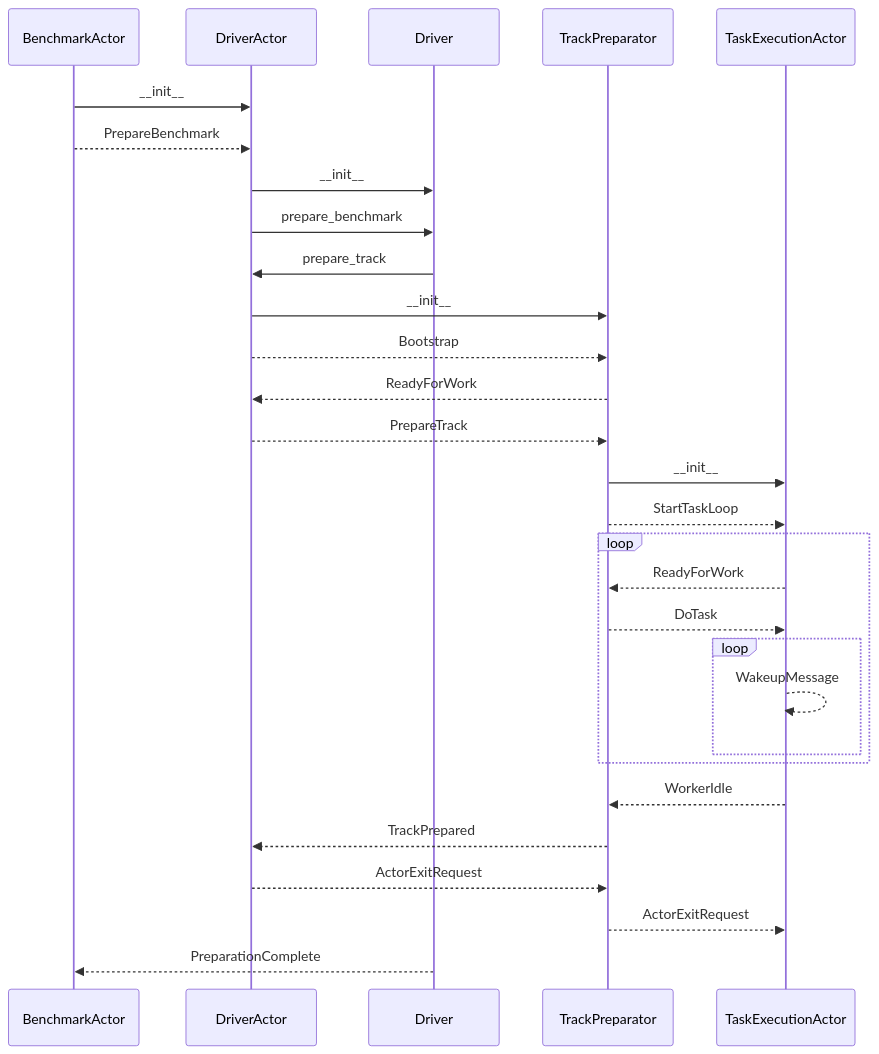
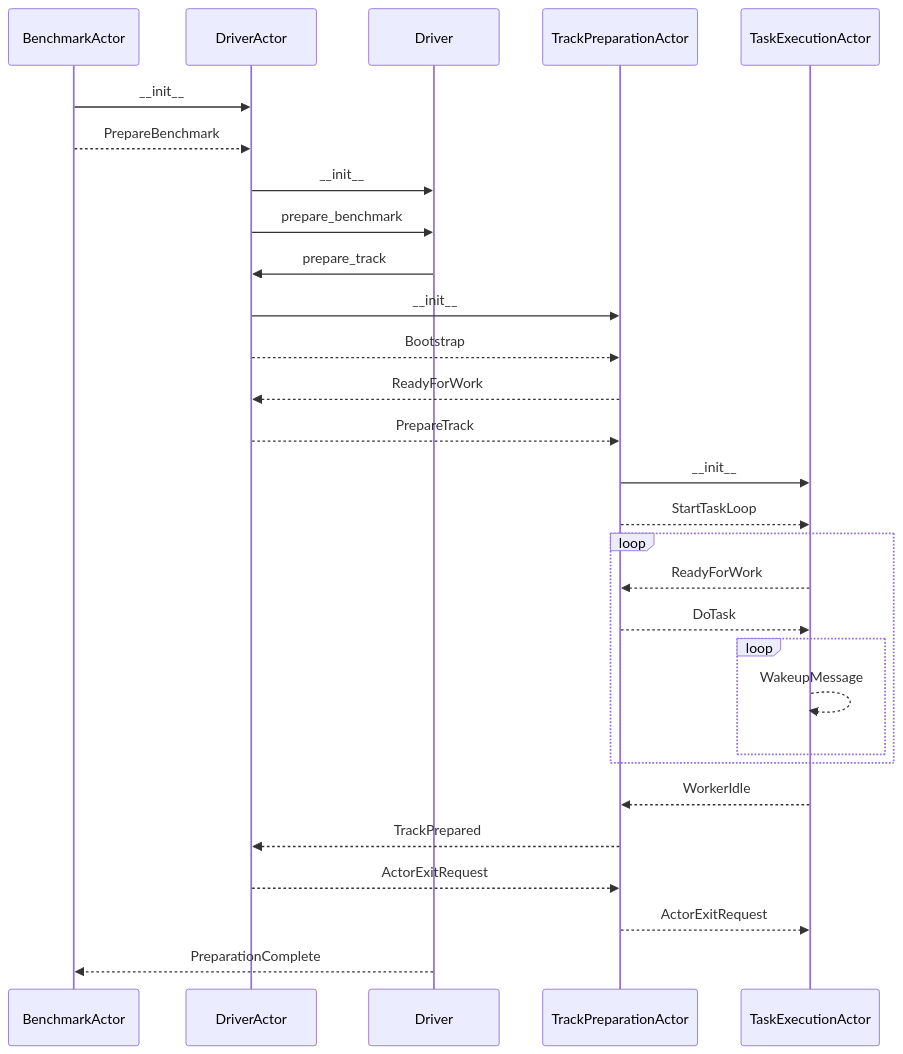
The first of 2 diagrams in docs/architecture/actor_system.md (elastic/rally), drawn with Mermaid before and after one commit. The commit also changed other lines of this file, not shown here.

Commit message:
Rename TrackPreparator to TrackPreparationActor

````diff
--- a/docs/architecture/actor_system.md
+++ b/docs/architecture/actor_system.md
@@ -60,26 +60,26 @@
 ```mermaid
 sequenceDiagram
     BenchmarkActor ->> DriverActor: __init__
     BenchmarkActor -->> DriverActor: PrepareBenchmark
     DriverActor ->> Driver: __init__
     DriverActor ->> Driver: prepare_benchmark
     Driver ->> DriverActor: prepare_track
-    DriverActor ->> TrackPreparator: __init__
-    DriverActor -->> TrackPreparator: Bootstrap
-    TrackPreparator -->> DriverActor: ReadyForWork
-    DriverActor -->> TrackPreparator: PrepareTrack
-    TrackPreparator ->> TaskExecutionActor: __init__
-    TrackPreparator -->> TaskExecutionActor: StartTaskLoop
+    DriverActor ->> TrackPreparationActor: __init__
+    DriverActor -->> TrackPreparationActor: Bootstrap
+    TrackPreparationActor -->> DriverActor: ReadyForWork
+    DriverActor -->> TrackPreparationActor: PrepareTrack
+    TrackPreparationActor ->> TaskExecutionActor: __init__
+    TrackPreparationActor -->> TaskExecutionActor: StartTaskLoop
     loop
-        TaskExecutionActor -->> TrackPreparator: ReadyForWork
-        TrackPreparator -->> TaskExecutionActor: DoTask
+        TaskExecutionActor -->> TrackPreparationActor: ReadyForWork
+        TrackPreparationActor -->> TaskExecutionActor: DoTask
         loop
             TaskExecutionActor -->> TaskExecutionActor: WakeupMessage
         end
     end
-    TaskExecutionActor -->> TrackPreparator: WorkerIdle
-    TrackPreparator -->> DriverActor: TrackPrepared
-    DriverActor -->> TrackPreparator: ActorExitRequest
-    TrackPreparator -->> TaskExecutionActor: ActorExitRequest
+    TaskExecutionActor -->> TrackPreparationActor: WorkerIdle
+    TrackPreparationActor -->> DriverActor: TrackPrepared
+    DriverActor -->> TrackPreparationActor: ActorExitRequest
+    TrackPreparationActor -->> TaskExecutionActor: ActorExitRequest
     Driver -->> BenchmarkActor: PreparationComplete
 ```
````
